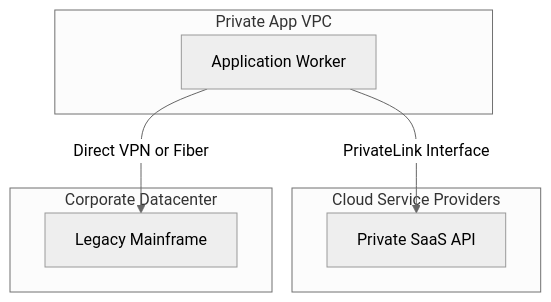
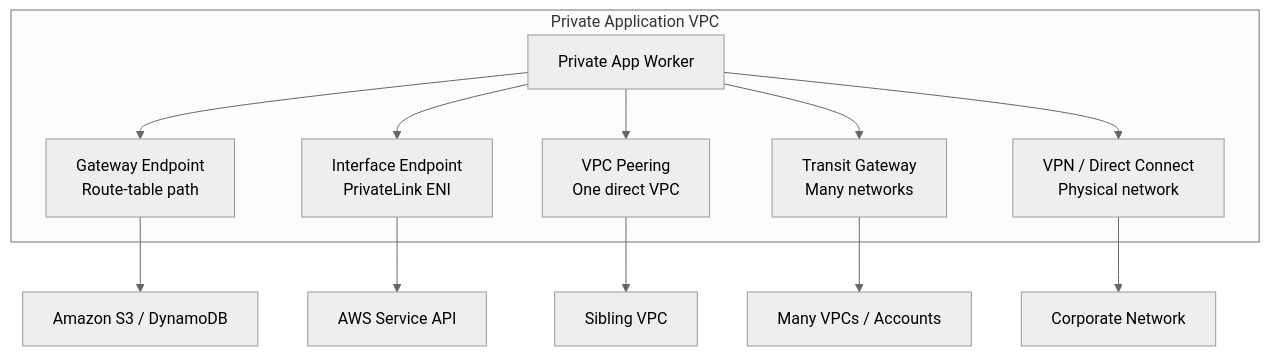
Before and after one commit to senlinyy/dev-roadmaps: the first of 6 diagrams in cloud-providers/aws/networking-connectivity/03-connectivity-and-hybrid-networking.md, drawn with Mermaid (neutral theme). The commit also changed other lines of this file and 256 other files, not shown here.

````diff
--- a/cloud-providers/aws/networking-connectivity/03-connectivity-and-hybrid-networking.md
+++ b/cloud-providers/aws/networking-connectivity/03-connectivity-and-hybrid-networking.md
@@ -47,15 +46,23 @@
 ```mermaid
 flowchart TD
-    subgraph SiblingCloud["Cloud Service Providers"]
-        SaaS["Private SaaS API"]
-    end
-    subgraph CorpNet["Corporate Datacenter"]
-        Mainframe["Legacy Mainframe"]
-    end
-    subgraph CustomVPC["Private App VPC"]
-        Worker["Application Worker"]
+    subgraph AppVPC["Private Application VPC"]
+        Worker["Private App Worker"]
+        GatewayEndpoint["Gateway Endpoint<br/>Route-table path"]
+        InterfaceEndpoint["Interface Endpoint<br/>PrivateLink ENI"]
+        PeerRoute["VPC Peering<br/>One direct VPC"]
+        TgwRoute["Transit Gateway<br/>Many networks"]
+        HybridRoute["VPN / Direct Connect<br/>Physical network"]
     end
 
-    Worker -->|PrivateLink Interface| SaaS
-    Worker -->|Direct VPN or Fiber| Mainframe
+    S3["Amazon S3 / DynamoDB"]
+    AwsAPI["AWS Service API"]
+    PeerVPC["Sibling VPC"]
+    ManyVPCs["Many VPCs / Accounts"]
+    DataCenter["Corporate Network"]
+
+    Worker --> GatewayEndpoint --> S3
+    Worker --> InterfaceEndpoint --> AwsAPI
+    Worker --> PeerRoute --> PeerVPC
+    Worker --> TgwRoute --> ManyVPCs
+    Worker --> HybridRoute --> DataCenter
 ```
````
